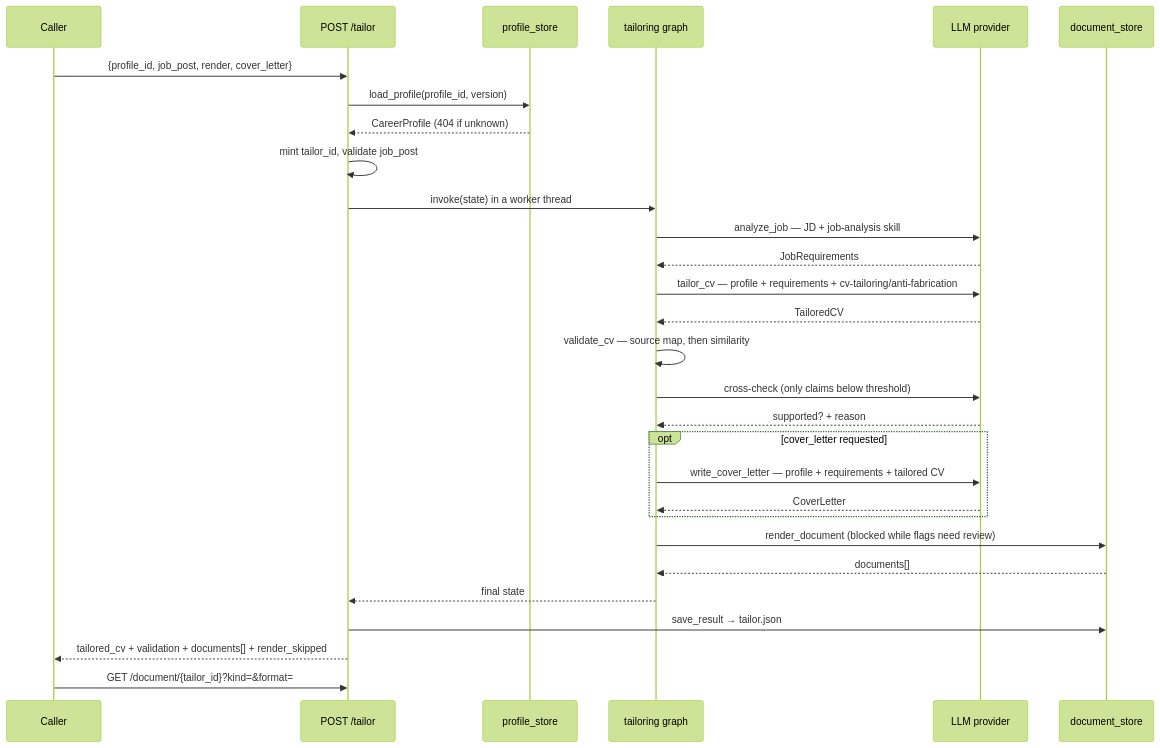
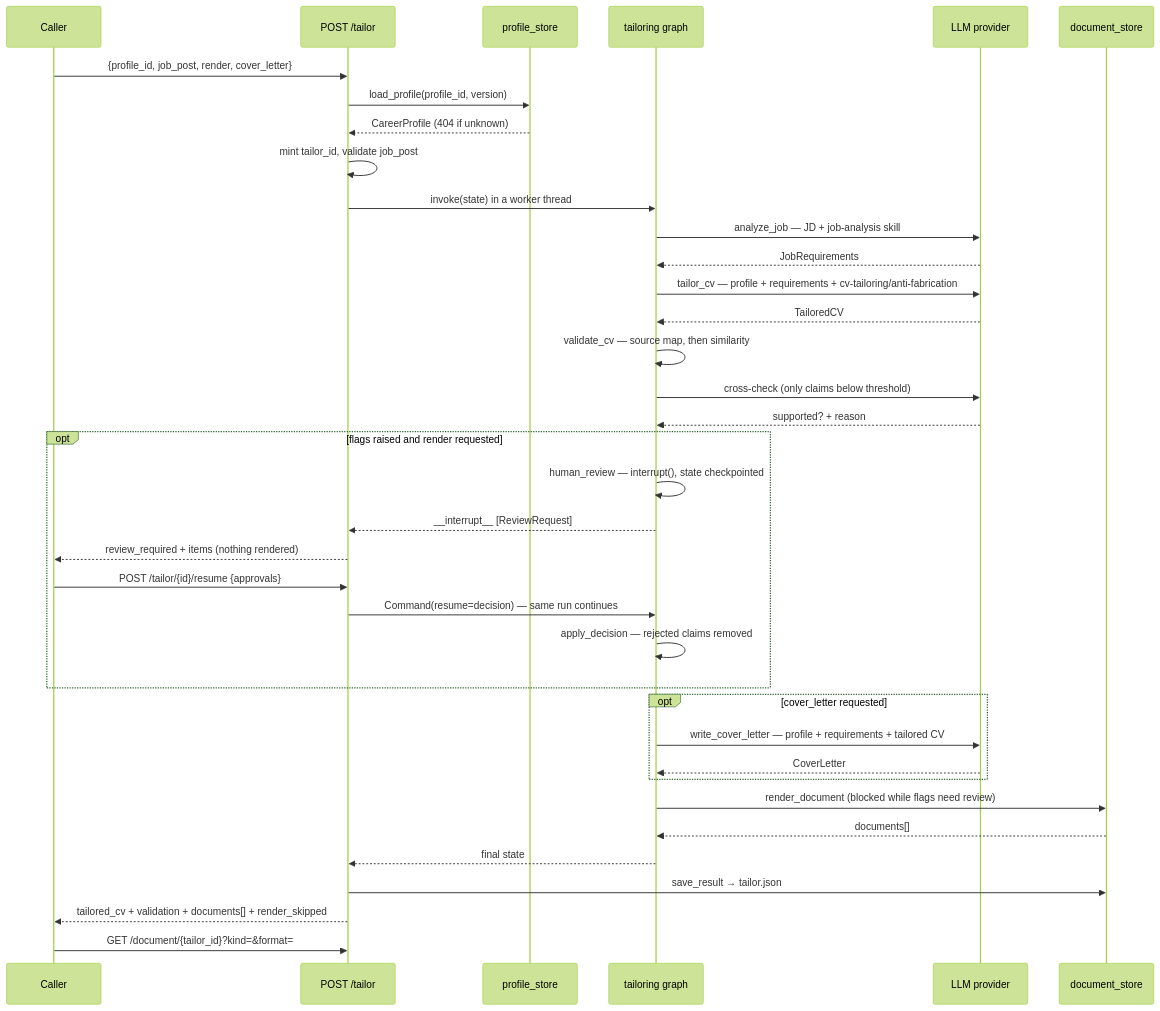
Before and after one commit to thomas-choi/Resume-Builder: the fourth of 5 diagrams in TECHNICAL-DESIGN.md, drawn with Mermaid (forest theme). The commit also changed other lines of this file and 45 other files, not shown here.

````diff
--- a/TECHNICAL-DESIGN.md
+++ b/TECHNICAL-DESIGN.md
@@ -547,32 +698,40 @@
 ```mermaid
 sequenceDiagram
     participant C as Caller
     participant API as POST /tailor
     participant PS as profile_store
     participant G as tailoring graph
     participant LLM as LLM provider
     participant DS as document_store
 
     C->>API: {profile_id, job_post, render, cover_letter}
     API->>PS: load_profile(profile_id, version)
     PS-->>API: CareerProfile (404 if unknown)
     API->>API: mint tailor_id, validate job_post
     API->>G: invoke(state) in a worker thread
     G->>LLM: analyze_job — JD + job-analysis skill
     LLM-->>G: JobRequirements
     G->>LLM: tailor_cv — profile + requirements + cv-tailoring/anti-fabrication
     LLM-->>G: TailoredCV
     G->>G: validate_cv — source map, then similarity
     G->>LLM: cross-check (only claims below threshold)
     LLM-->>G: supported? + reason
+    opt flags raised and render requested
+        G->>G: human_review — interrupt(), state checkpointed
+        G-->>API: __interrupt__ [ReviewRequest]
+        API-->>C: review_required + items (nothing rendered)
+        C->>API: POST /tailor/{id}/resume {approvals}
+        API->>G: Command(resume=decision) — same run continues
+        G->>G: apply_decision — rejected claims removed
+    end
     opt cover_letter requested
         G->>LLM: write_cover_letter — profile + requirements + tailored CV
         LLM-->>G: CoverLetter
     end
     G->>DS: render_document (blocked while flags need review)
     DS-->>G: documents[]
     G-->>API: final state
     API->>DS: save_result → tailor.json
     API-->>C: tailored_cv + validation + documents[] + render_skipped
     C->>API: GET /document/{tailor_id}?kind=&format=
 ```
````
